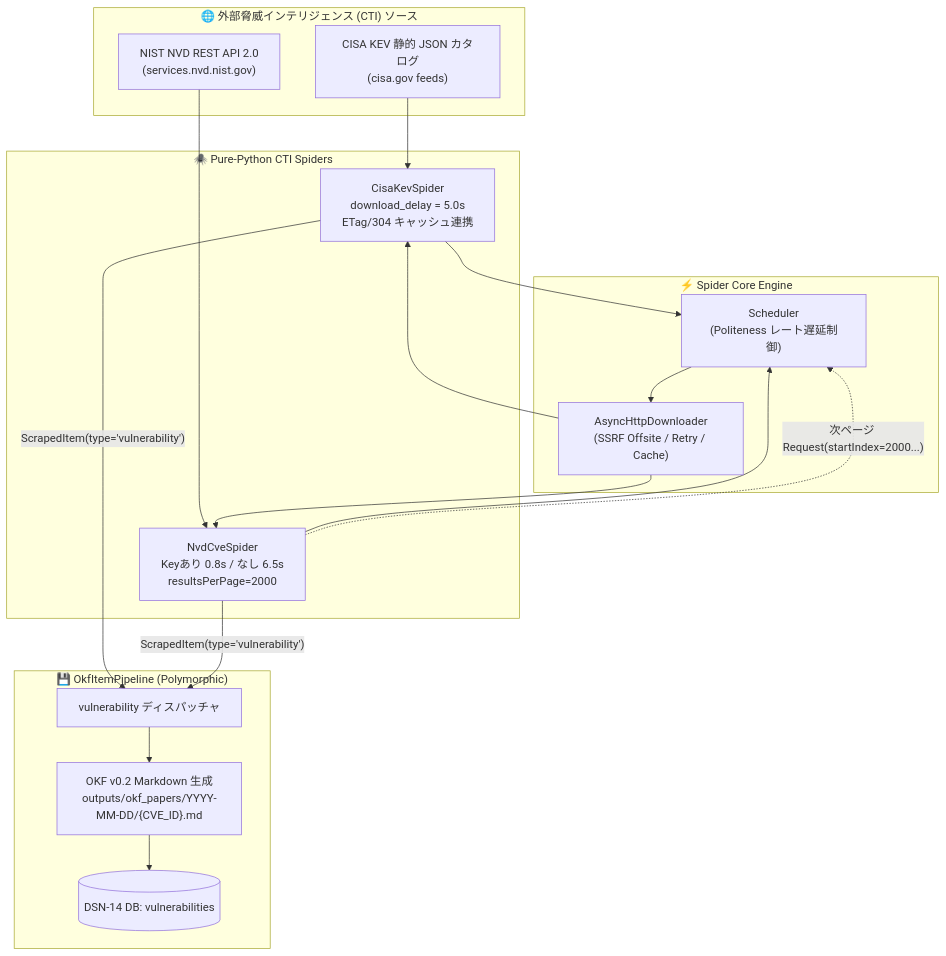
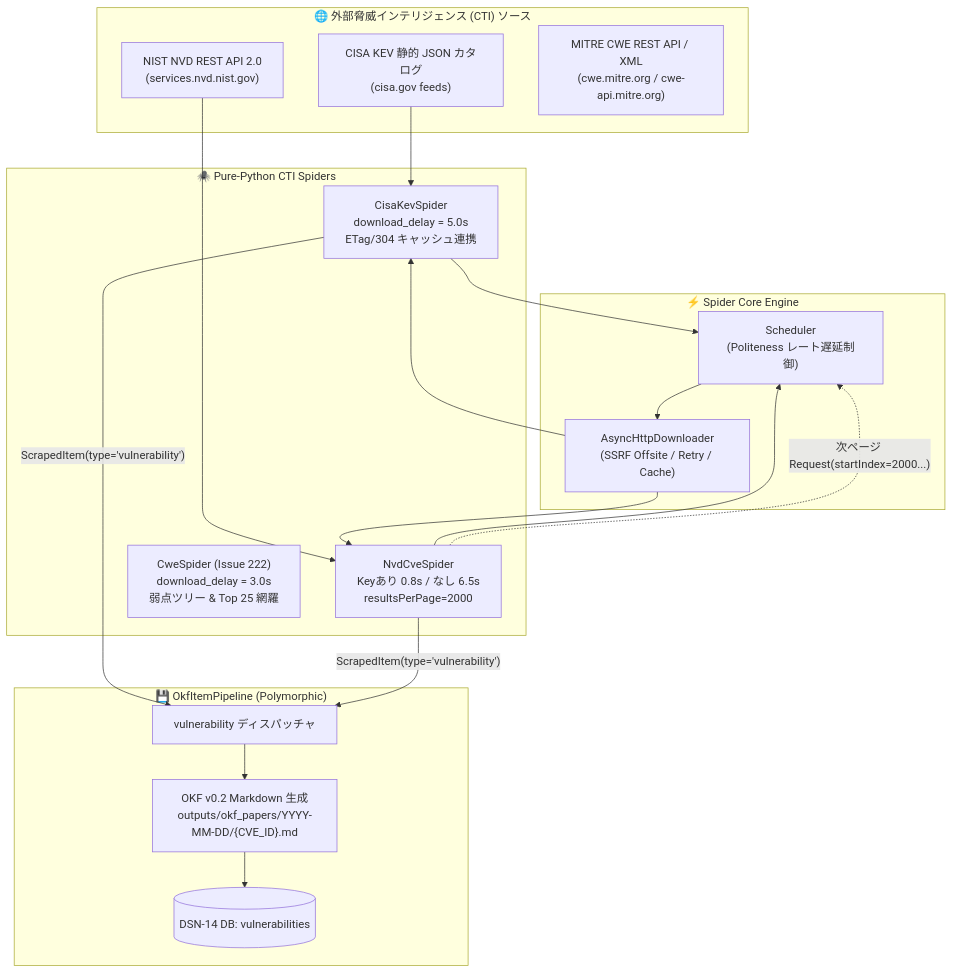
The second of 18 diagrams in docs/designs/DSN-06-distributed_spider_and_crawler.md (rokujyouhitoma/arxiv-security-papers), drawn with Mermaid before and after one commit. The commit also changed other lines of this file and 20 other files, not shown here.

````diff
--- a/docs/designs/DSN-06-distributed_spider_and_crawler.md
+++ b/docs/designs/DSN-06-distributed_spider_and_crawler.md
@@ -180,36 +191,38 @@
 ```mermaid
 flowchart TD
     subgraph CTI_Sources ["🌐 外部脅威インテリジェンス (CTI) ソース"]
         CISA_SRC["CISA KEV 静的 JSON カタログ<br/>(cisa.gov feeds)"]
         NVD_SRC["NIST NVD REST API 2.0<br/>(services.nvd.nist.gov)"]
+        CWE_SRC["MITRE CWE REST API / XML<br/>(cwe.mitre.org / cwe-api.mitre.org)"]
     end
 
     subgraph Spiders ["🕷️ Pure-Python CTI Spiders"]
         CISA_SPIDER["CisaKevSpider<br/>download_delay = 5.0s<br/>ETag/304 キャッシュ連携"]
         NVD_SPIDER["NvdCveSpider<br/>Keyあり 0.8s / なし 6.5s<br/>resultsPerPage=2000"]
+        CWE_SPIDER["CweSpider (Issue 222)<br/>download_delay = 3.0s<br/>弱点ツリー & Top 25 網羅"]
     end
 
     subgraph CoreEngine ["⚡ Spider Core Engine"]
         SCHED["Scheduler<br/>(Politeness レート遅延制御)"]
         DL["AsyncHttpDownloader<br/>(SSRF Offsite / Retry / Cache)"]
     end
 
     subgraph ItemPipeline ["💾 OkfItemPipeline (Polymorphic)"]
         VULN_DISPATCH["vulnerability ディスパッチャ"]
         OKF_VULN["OKF v0.2 Markdown 生成<br/>outputs/okf_papers/YYYY-MM-DD/{CVE_ID}.md"]
         DB_VULN[("DSN-14 DB: vulnerabilities")]
     end
 
     CISA_SRC --> CISA_SPIDER
     NVD_SRC --> NVD_SPIDER
     CISA_SPIDER --> SCHED
     NVD_SPIDER --> SCHED
     SCHED --> DL
     DL --> CISA_SPIDER
     DL --> NVD_SPIDER
     CISA_SPIDER -->|"ScrapedItem(type='vulnerability')"| VULN_DISPATCH
     NVD_SPIDER -->|"ScrapedItem(type='vulnerability')"| VULN_DISPATCH
     NVD_SPIDER -.->|"次ページ Request(startIndex=2000...)"| SCHED
     VULN_DISPATCH --> OKF_VULN
     OKF_VULN --> DB_VULN
 ```
````
